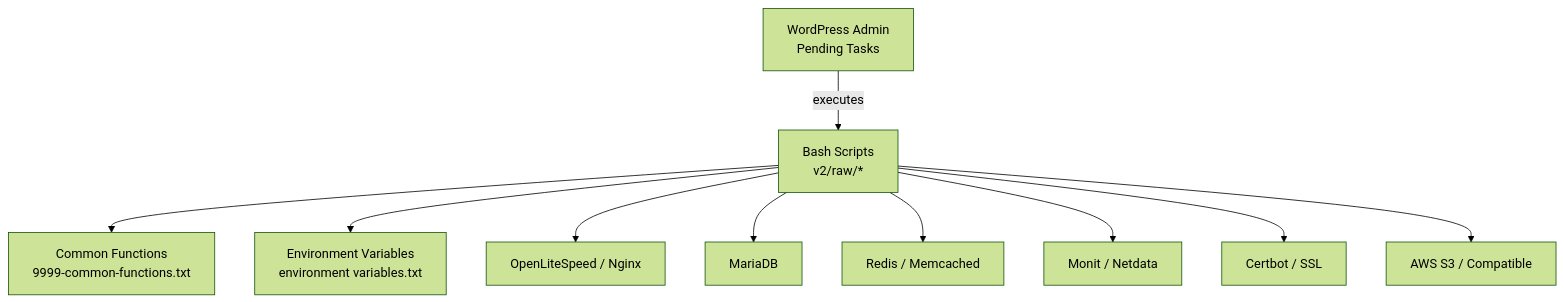
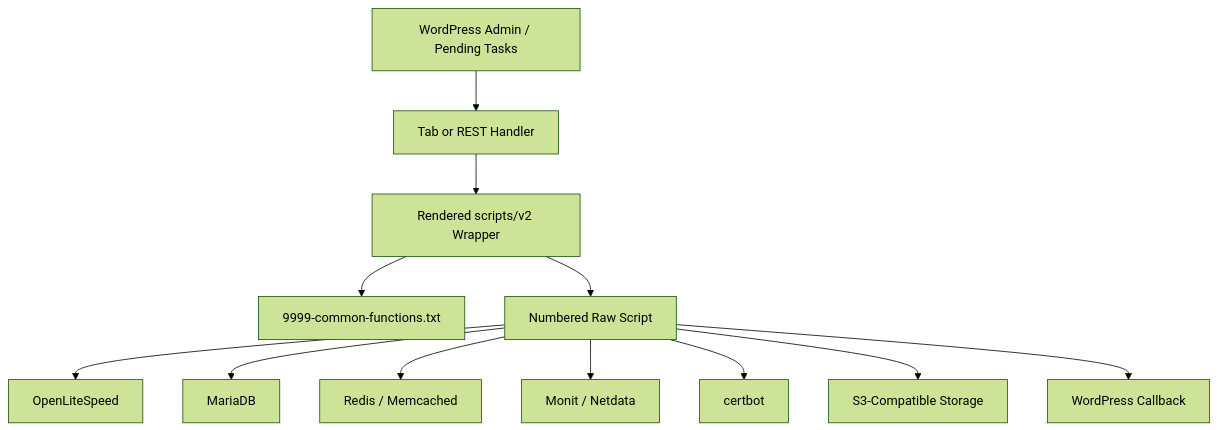
The first of 2 diagrams in .qoder/repowiki/en/content/WordPress Application Engine/Operational & Maintenance Scripts/Operational & Maintenance Scripts.md (onedogsolutions/simple-stack), drawn with Mermaid (forest theme) before and after one commit. The commit also changed other lines of this file and 5941 other files, not shown here.

````diff
--- a/.qoder/repowiki/en/content/WordPress Application Engine/Operational & Maintenance Scripts/Operational & Maintenance Scripts.md
+++ b/.qoder/repowiki/en/content/WordPress Application Engine/Operational & Maintenance Scripts/Operational & Maintenance Scripts.md
@@ -50,12 +68,14 @@
 ```mermaid
 graph TB
-WP["WordPress Admin<br/>Pending Tasks"] --> |executes| Scripts["Bash Scripts<br/>v2/raw/*"]
-Scripts --> Common["Common Functions<br/>9999-common-functions.txt"]
-Scripts --> Env["Environment Variables<br/>environment variables.txt"]
-Scripts --> Webserver["OpenLiteSpeed / Nginx"]
-Scripts --> DB["MariaDB"]
-Scripts --> Cache["Redis / Memcached"]
-Scripts --> Monitor["Monit / Netdata"]
-Scripts --> Cert["Certbot / SSL"]
-Scripts --> S3["AWS S3 / Compatible"]
+    WP["WordPress Admin / Pending Tasks"] --> PHP["Tab or REST Handler"]
+    PHP --> Wrapper["Rendered scripts/v2 Wrapper"]
+    Wrapper --> Common["9999-common-functions.txt"]
+    Wrapper --> Raw["Numbered Raw Script"]
+    Raw --> OLS["OpenLiteSpeed"]
+    Raw --> DB["MariaDB"]
+    Raw --> Cache["Redis / Memcached"]
+    Raw --> Monitor["Monit / Netdata"]
+    Raw --> Cert["certbot"]
+    Raw --> S3["S3-Compatible Storage"]
+    Raw --> Callback["WordPress Callback"]
 ```
````
